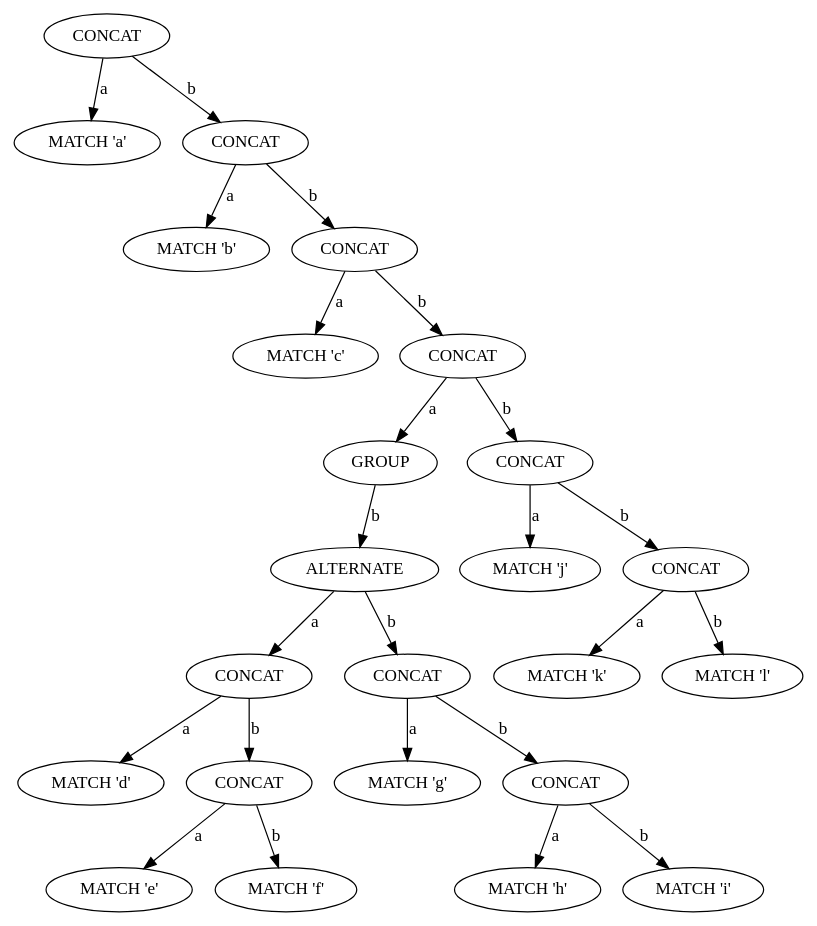
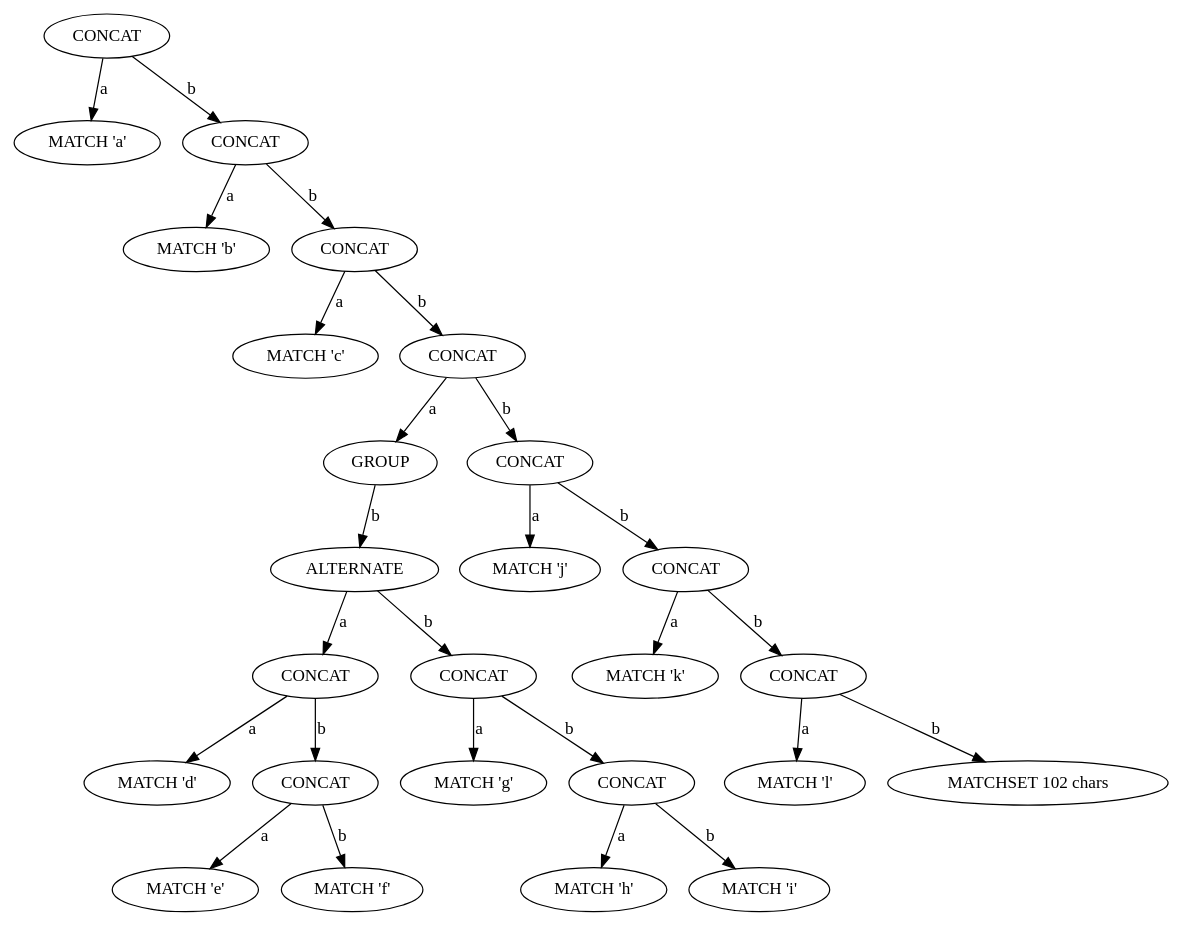
The diagram in tree.dot (essele/rele), drawn with Graphviz before and after one commit. The commit also changed 3 other files, not shown here.

```diff
--- a/tree.dot
+++ b/tree.dot
@@ -1,49 +1,53 @@
 digraph tree {
-    n0xad43f03bc320 [label="CONCAT"];
-    n0xad43f03bc320 -> n0xad43f03bc2c0 [label="a"];
-    n0xad43f03bc2c0 [label="MATCH 'a'"];
-    n0xad43f03bc320 -> n0xad43f03bc380 [label="b"];
-    n0xad43f03bc380 [label="CONCAT"];
-    n0xad43f03bc380 -> n0xad43f03bc2f0 [label="a"];
-    n0xad43f03bc2f0 [label="MATCH 'b'"];
-    n0xad43f03bc380 -> n0xad43f03bc3e0 [label="b"];
-    n0xad43f03bc3e0 [label="CONCAT"];
-    n0xad43f03bc3e0 -> n0xad43f03bc350 [label="a"];
-    n0xad43f03bc350 [label="MATCH 'c'"];
-    n0xad43f03bc3e0 -> n0xad43f03bc650 [label="b"];
-    n0xad43f03bc650 [label="CONCAT"];
-    n0xad43f03bc650 -> n0xad43f03bc3b0 [label="a"];
-    n0xad43f03bc3b0 [label="GROUP"];
-    n0xad43f03bc3b0 -> n0xad43f03bc500 [label="b"];
-    n0xad43f03bc500 [label="ALTERNATE"];
-    n0xad43f03bc500 -> n0xad43f03bc470 [label="a"];
-    n0xad43f03bc470 [label="CONCAT"];
-    n0xad43f03bc470 -> n0xad43f03bc410 [label="a"];
-    n0xad43f03bc410 [label="MATCH 'd'"];
-    n0xad43f03bc470 -> n0xad43f03bc4d0 [label="b"];
-    n0xad43f03bc4d0 [label="CONCAT"];
-    n0xad43f03bc4d0 -> n0xad43f03bc440 [label="a"];
-    n0xad43f03bc440 [label="MATCH 'e'"];
-    n0xad43f03bc4d0 -> n0xad43f03bc4a0 [label="b"];
-    n0xad43f03bc4a0 [label="MATCH 'f'"];
-    n0xad43f03bc500 -> n0xad43f03bc590 [label="b"];
-    n0xad43f03bc590 [label="CONCAT"];
-    n0xad43f03bc590 -> n0xad43f03bc530 [label="a"];
-    n0xad43f03bc530 [label="MATCH 'g'"];
-    n0xad43f03bc590 -> n0xad43f03bc5f0 [label="b"];
-    n0xad43f03bc5f0 [label="CONCAT"];
-    n0xad43f03bc5f0 -> n0xad43f03bc560 [label="a"];
-    n0xad43f03bc560 [label="MATCH 'h'"];
-    n0xad43f03bc5f0 -> n0xad43f03bc5c0 [label="b"];
-    n0xad43f03bc5c0 [label="MATCH 'i'"];
-    n0xad43f03bc650 -> n0xad43f03bc6b0 [label="b"];
-    n0xad43f03bc6b0 [label="CONCAT"];
-    n0xad43f03bc6b0 -> n0xad43f03bc620 [label="a"];
-    n0xad43f03bc620 [label="MATCH 'j'"];
-    n0xad43f03bc6b0 -> n0xad43f03bc710 [label="b"];
-    n0xad43f03bc710 [label="CONCAT"];
-    n0xad43f03bc710 -> n0xad43f03bc680 [label="a"];
-    n0xad43f03bc680 [label="MATCH 'k'"];
-    n0xad43f03bc710 -> n0xad43f03bc6e0 [label="b"];
-    n0xad43f03bc6e0 [label="MATCH 'l'"];
+    n0xc2388fc66320 [label="CONCAT"];
+    n0xc2388fc66320 -> n0xc2388fc662c0 [label="a"];
+    n0xc2388fc662c0 [label="MATCH 'a'"];
+    n0xc2388fc66320 -> n0xc2388fc66380 [label="b"];
+    n0xc2388fc66380 [label="CONCAT"];
+    n0xc2388fc66380 -> n0xc2388fc662f0 [label="a"];
+    n0xc2388fc662f0 [label="MATCH 'b'"];
+    n0xc2388fc66380 -> n0xc2388fc663e0 [label="b"];
+    n0xc2388fc663e0 [label="CONCAT"];
+    n0xc2388fc663e0 -> n0xc2388fc66350 [label="a"];
+    n0xc2388fc66350 [label="MATCH 'c'"];
+    n0xc2388fc663e0 -> n0xc2388fc66650 [label="b"];
+    n0xc2388fc66650 [label="CONCAT"];
+    n0xc2388fc66650 -> n0xc2388fc663b0 [label="a"];
+    n0xc2388fc663b0 [label="GROUP"];
+    n0xc2388fc663b0 -> n0xc2388fc66500 [label="b"];
+    n0xc2388fc66500 [label="ALTERNATE"];
+    n0xc2388fc66500 -> n0xc2388fc66470 [label="a"];
+    n0xc2388fc66470 [label="CONCAT"];
+    n0xc2388fc66470 -> n0xc2388fc66410 [label="a"];
+    n0xc2388fc66410 [label="MATCH 'd'"];
+    n0xc2388fc66470 -> n0xc2388fc664d0 [label="b"];
+    n0xc2388fc664d0 [label="CONCAT"];
+    n0xc2388fc664d0 -> n0xc2388fc66440 [label="a"];
+    n0xc2388fc66440 [label="MATCH 'e'"];
+    n0xc2388fc664d0 -> n0xc2388fc664a0 [label="b"];
+    n0xc2388fc664a0 [label="MATCH 'f'"];
+    n0xc2388fc66500 -> n0xc2388fc66590 [label="b"];
+    n0xc2388fc66590 [label="CONCAT"];
+    n0xc2388fc66590 -> n0xc2388fc66530 [label="a"];
+    n0xc2388fc66530 [label="MATCH 'g'"];
+    n0xc2388fc66590 -> n0xc2388fc665f0 [label="b"];
+    n0xc2388fc665f0 [label="CONCAT"];
+    n0xc2388fc665f0 -> n0xc2388fc66560 [label="a"];
+    n0xc2388fc66560 [label="MATCH 'h'"];
+    n0xc2388fc665f0 -> n0xc2388fc665c0 [label="b"];
+    n0xc2388fc665c0 [label="MATCH 'i'"];
+    n0xc2388fc66650 -> n0xc2388fc666b0 [label="b"];
+    n0xc2388fc666b0 [label="CONCAT"];
+    n0xc2388fc666b0 -> n0xc2388fc66620 [label="a"];
+    n0xc2388fc66620 [label="MATCH 'j'"];
+    n0xc2388fc666b0 -> n0xc2388fc66710 [label="b"];
+    n0xc2388fc66710 [label="CONCAT"];
+    n0xc2388fc66710 -> n0xc2388fc66680 [label="a"];
+    n0xc2388fc66680 [label="MATCH 'k'"];
+    n0xc2388fc66710 -> n0xc2388fc66770 [label="b"];
+    n0xc2388fc66770 [label="CONCAT"];
+    n0xc2388fc66770 -> n0xc2388fc666e0 [label="a"];
+    n0xc2388fc666e0 [label="MATCH 'l'"];
+    n0xc2388fc66770 -> n0xc2388fc66740 [label="b"];
+    n0xc2388fc66740 [label="MATCHSET 102 chars"];
 }
```
